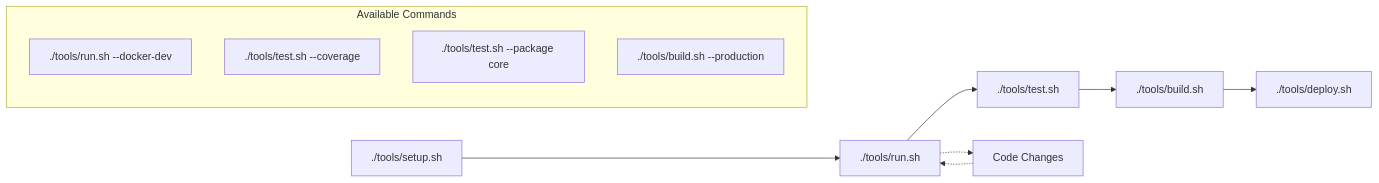
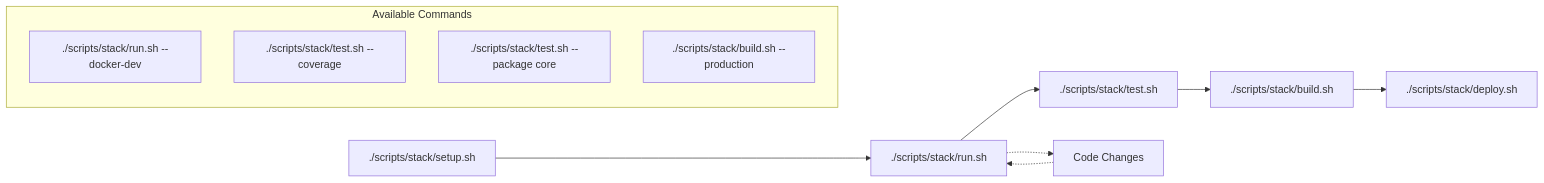
Before and after one commit to GraphDone/GraphDone-Core: diagram 12 of 13 in docs/detailed-overview.md, drawn with Mermaid. The commit also changed other lines of this file and 93 other files, not shown here.

````diff
--- a/docs/detailed-overview.md
+++ b/docs/detailed-overview.md
@@ -505,17 +505,17 @@
 ```mermaid
 graph LR
-    START[./tools/setup.sh] --> DEV[./tools/run.sh]
-    DEV --> TEST[./tools/test.sh]
-    TEST --> BUILD[./tools/build.sh]
-    BUILD --> DEPLOY[./tools/deploy.sh]
+    START[./scripts/stack/setup.sh] --> DEV[./scripts/stack/run.sh]
+    DEV --> TEST[./scripts/stack/test.sh]
+    TEST --> BUILD[./scripts/stack/build.sh]
+    BUILD --> DEPLOY[./scripts/stack/deploy.sh]
     
     DEV -.-> CODE[Code Changes]
     CODE -.-> DEV
     
     subgraph "Available Commands"
-        RUN1[./tools/run.sh --docker-dev]
-        RUN2[./tools/test.sh --coverage]
-        RUN3[./tools/test.sh --package core]
-        BUILD1[./tools/build.sh --production]
+        RUN1[./scripts/stack/run.sh --docker-dev]
+        RUN2[./scripts/stack/test.sh --coverage]
+        RUN3[./scripts/stack/test.sh --package core]
+        BUILD1[./scripts/stack/build.sh --production]
     end
 ```
````
